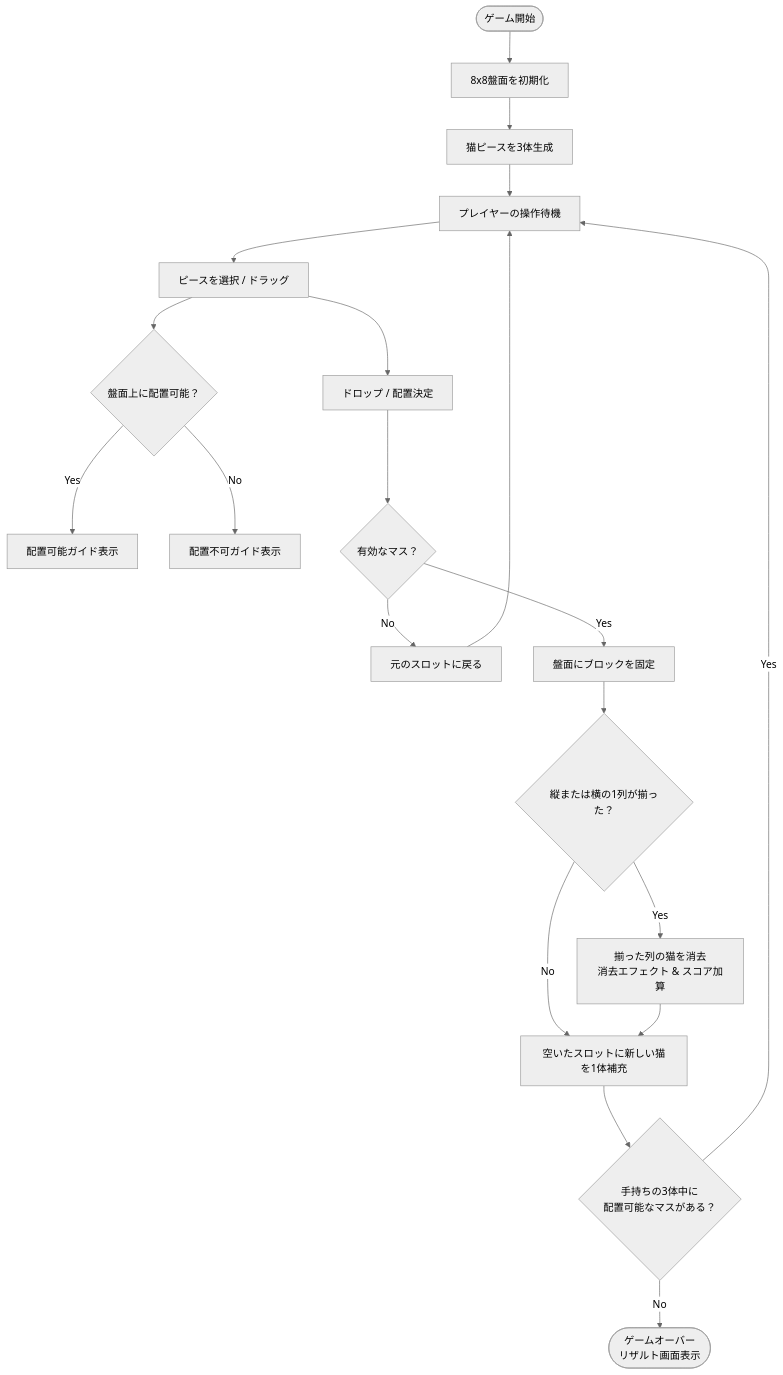
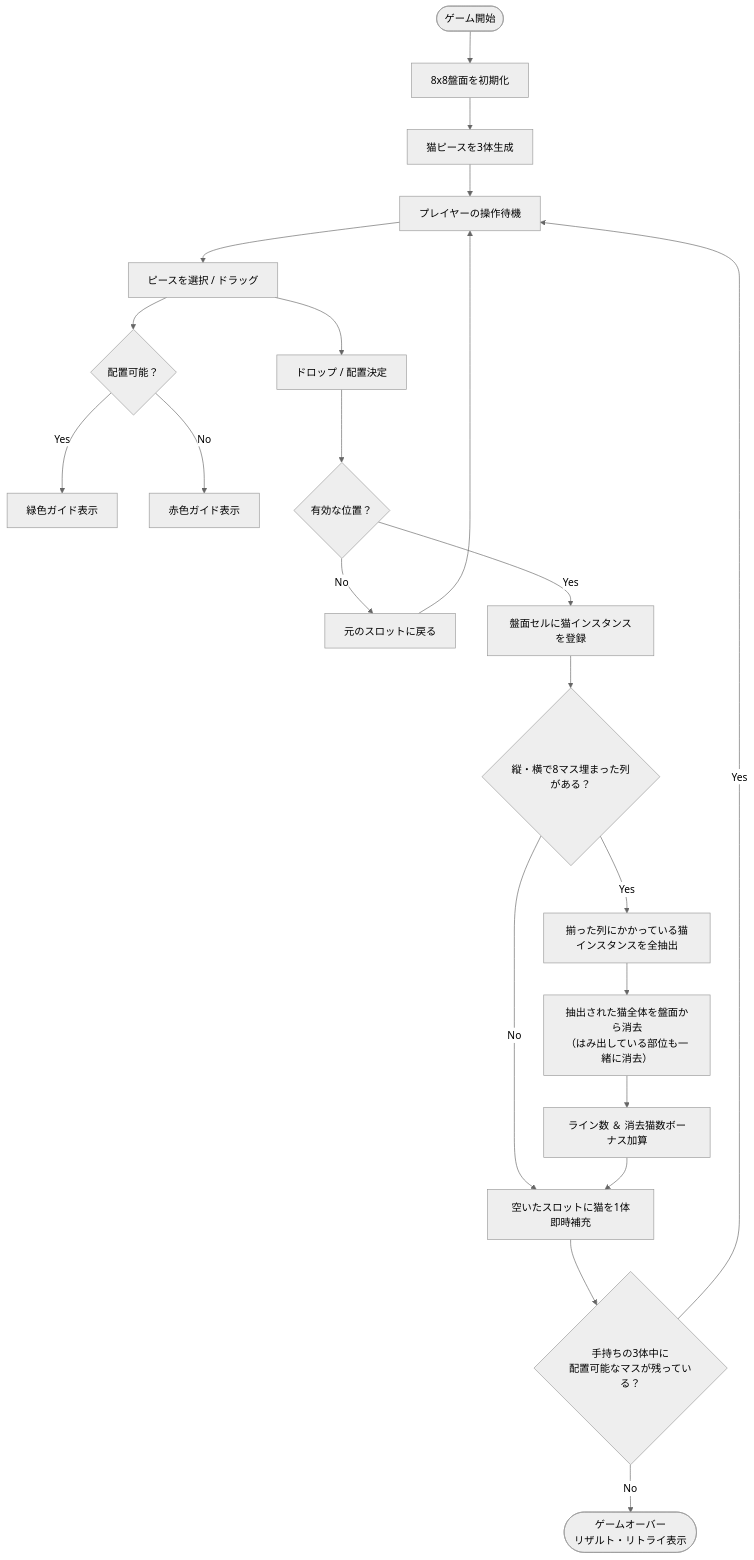
One commit to yy-str-dev/NekoTileGame changed the second of 2 diagrams in doc/design.md. Above: the diagram before and after it, drawn with Mermaid (neutral theme). The commit also changed other lines of this file, not shown here.

````diff
--- a/doc/design.md
+++ b/doc/design.md
@@ -195,25 +192,27 @@
 ```mermaid
 flowchart TD
     Start([ゲーム開始]) --> InitBoard[8x8盤面を初期化]
     InitBoard --> InitStock[猫ピースを3体生成]
     InitStock --> WaitInput[プレイヤーの操作待機]
     
     WaitInput --> DragPiece[ピースを選択 / ドラッグ]
-    DragPiece --> CheckHover{盤面上に配置可能？}
-    CheckHover -- Yes --> ShowValidGuide[配置可能ガイド表示]
-    CheckHover -- No --> ShowInvalidGuide[配置不可ガイド表示]
+    DragPiece --> CheckHover{配置可能？}
+    CheckHover -- Yes --> ShowValidGuide[緑色ガイド表示]
+    CheckHover -- No --> ShowInvalidGuide[赤色ガイド表示]
     
     DragPiece --> DropPiece[ドロップ / 配置決定]
-    DropPiece --> CanPlace{有効なマス？}
+    DropPiece --> CanPlace{有効な位置？}
     CanPlace -- No --> ReturnStock[元のスロットに戻る] --> WaitInput
-    CanPlace -- Yes --> CommitPlace[盤面にブロックを固定]
+    CanPlace -- Yes --> CommitPlace[盤面セルに猫インスタンスを登録]
     
-    CommitPlace --> ClearCheck{縦または横の1列が揃った？}
-    ClearCheck -- Yes --> EraseLine[揃った列の猫を消去<br>消去エフェクト & スコア加算]
-    ClearCheck -- No --> Replenish
-    EraseLine --> Replenish[空いたスロットに新しい猫を1体補充]
+    CommitPlace --> CheckLines{縦・横で8マス埋まった列がある？}
+    CheckLines -- No --> Replenish[空いたスロットに猫を1体即時補充]
+    CheckLines -- Yes --> FindCats[揃った列にかかっている猫インスタンスを全抽出]
+    FindCats --> ClearCats[抽出された猫全体を盤面から消去<br>（はみ出している部位も一緒に消去）]
+    ClearCats --> AddScore[ライン数 ＆ 消去猫数ボーナス加算]
+    AddScore --> Replenish
     
-    Replenish --> GameOverCheck{手持ちの3体中に<br>配置可能なマスがある？}
+    Replenish --> GameOverCheck{手持ちの3体中に<br>配置可能なマスが残っている？}
     GameOverCheck -- Yes --> WaitInput
-    GameOverCheck -- No --> GameOver([ゲームオーバー<br>リザルト画面表示])
+    GameOverCheck -- No --> GameOver([ゲームオーバー<br>リザルト・リトライ表示])
 ```
````
